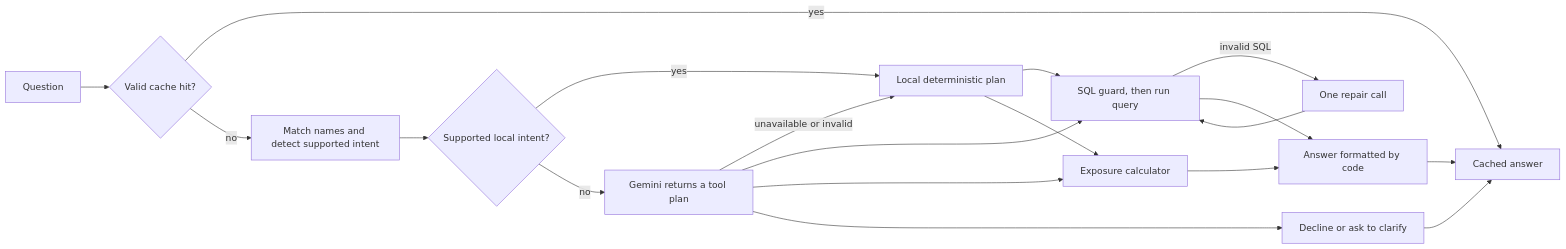
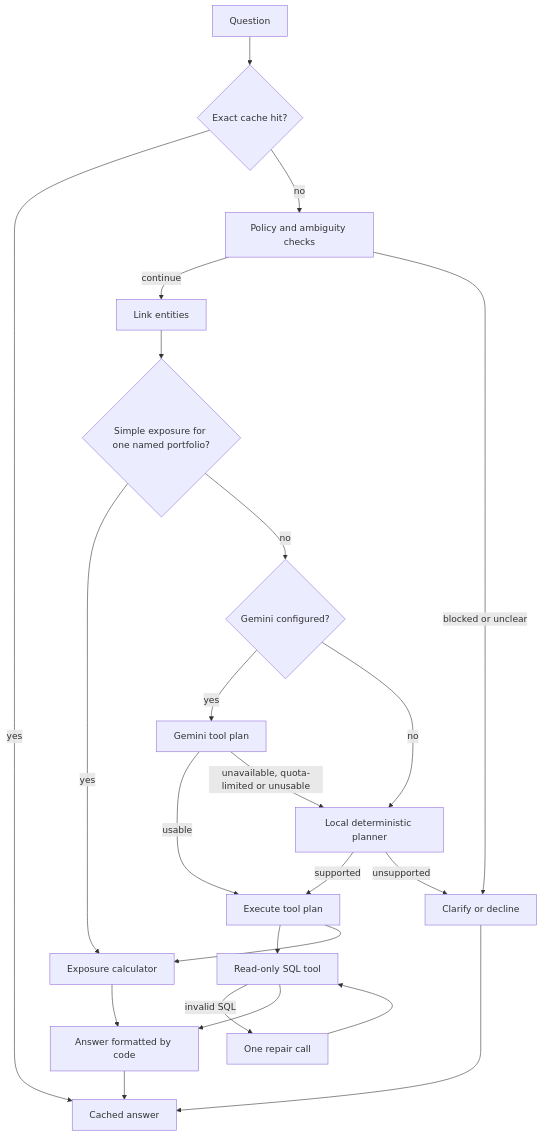
The diagram in README.md (Mrudula211/portfolio-analytics-agent), drawn with Mermaid before and after one commit. The commit also changed other lines of this file and 1 other file, not shown here.

Commit message:
Refine flowchart logic and update results documentation to clarify historical test counts and configuration changes

````diff
--- a/README.md
+++ b/README.md
@@ -80,21 +80,25 @@
 ```mermaid
-flowchart LR
-    Q[Question] --> C{Valid cache hit?}
+flowchart TD
+    Q[Question] --> C{Exact cache hit?}
     C -- yes --> A[Cached answer]
-    C -- no --> L[Match names and detect supported intent]
-    L --> F{Supported local intent?}
-    F -- yes --> P[Local deterministic plan]
-    P --> S[SQL guard, then run query]
-    P --> E[Exposure calculator]
-    F -- no --> M[Gemini returns a tool plan]
-    M -- unavailable or invalid --> P
-    M --> S[SQL guard, then run query]
-    M --> E
-    M --> D[Decline or ask to clarify]
+    C -- no --> P[Policy and ambiguity checks]
+    P -- continue --> L[Link entities]
+    P -- blocked or unclear --> D[Clarify or decline]
+    L --> X{Simple exposure for one named portfolio?}
+    X -- yes --> E[Exposure calculator]
+    X -- no --> K{Gemini configured?}
+    K -- yes --> G[Gemini tool plan]
+    G -- usable --> T[Execute tool plan]
+    G -- unavailable, quota-limited or unusable --> F[Local deterministic planner]
+    K -- no --> F
+    F -- supported --> T
+    F -- unsupported --> D
+    T --> S[Read-only SQL tool]
+    T --> E
     S -- invalid SQL --> R[One repair call]
     R --> S
-    S --> T[Answer formatted by code]
-    E --> T
+    S --> H[Answer formatted by code]
+    E --> H
     D --> A
-    T --> A
+    H --> A
 ```
````
